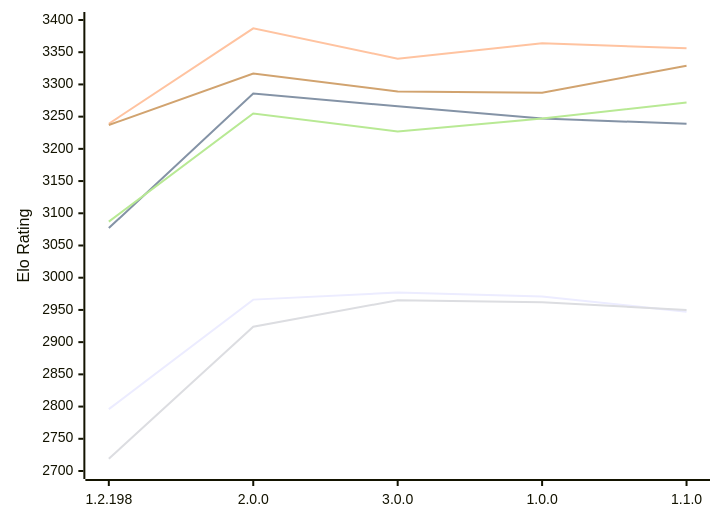
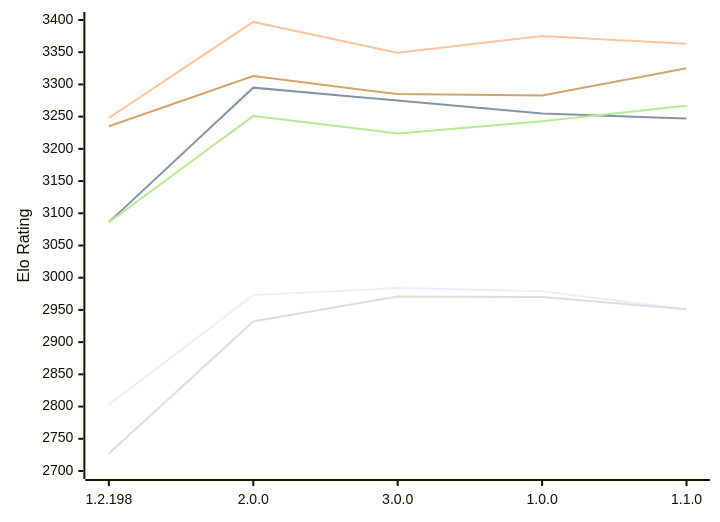
The diagram in engines/Trebuchet.md (computer-chess-index/cci), drawn with Mermaid before and after one commit. The commit also changed other lines of this file, not shown here.

Commit message:
Update CCI Ratings (ELO VLTC) - 2026-11-16

````diff
--- a/engines/Trebuchet.md
+++ b/engines/Trebuchet.md
@@ -55,12 +55,12 @@
 ```mermaid
 %%{init: {"theme":"base","themeVariables":{"seriesColors:['#a3a3a3','#222221','#faa371']}}}%%
 xychart-beta
   x-axis ["1.2.198", "2.0.0", "3.0.0", "1.0.0", "1.1.0"]
   y-axis "Elo Rating" 2700 --> 3400
-  line "E1: STC (8.0+0.08s)" [2796, 2966, 2977, 2971, 2947]
-  line "E1: LTC (60.0+0.60s)" [3077, 3286, 3266, 3247, 3239]
-  line "E1: VLTC (2m24s+1.12s)" [3239, 3387, 3340, 3364, 3356]
-  line "P1: STC (8.0+0.08s)" [2719, 2924, 2965, 2962, 2950]
-  line "P1: LTC (60.0+0.60s)" [3087, 3255, 3227, 3247, 3272]
-  line "P1: VLTC (2m24s+1.12s)" [3237, 3317, 3289, 3287, 3329]
+  line "E1: STC (8.0+0.08s)" [2803, 2973, 2984, 2979, 2951]
+  line "E1: LTC (60.0+0.60s)" [3086, 3295, 3275, 3255, 3247]
+  line "E1: VLTC (2m24s+1.12s)" [3248, 3397, 3349, 3375, 3363]
+  line "P1: STC (8.0+0.08s)" [2727, 2932, 2971, 2970, 2951]
+  line "P1: LTC (60.0+0.60s)" [3086, 3251, 3224, 3243, 3267]
+  line "P1: VLTC (2m24s+1.12s)" [3235, 3313, 3285, 3283, 3325]
 ```
````
